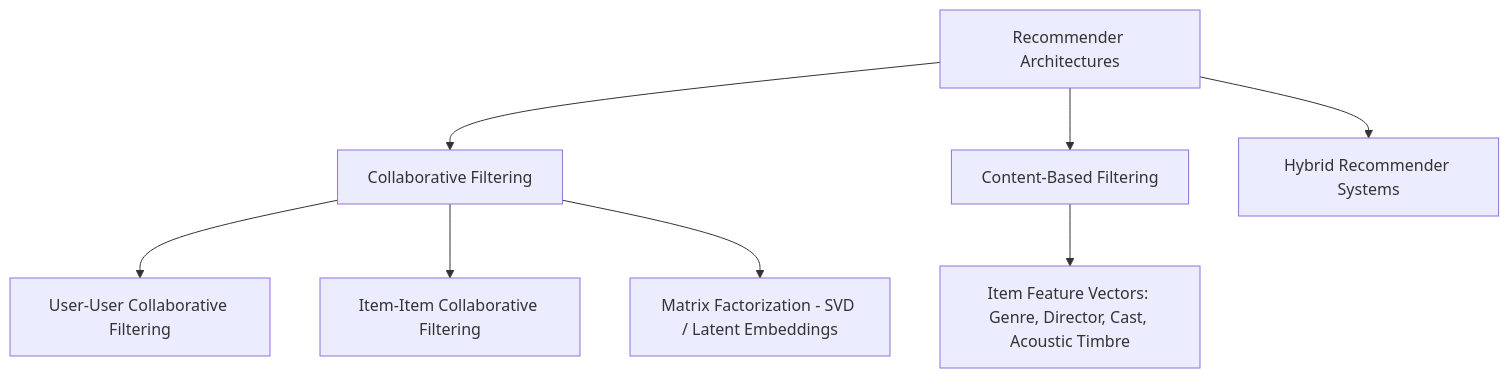
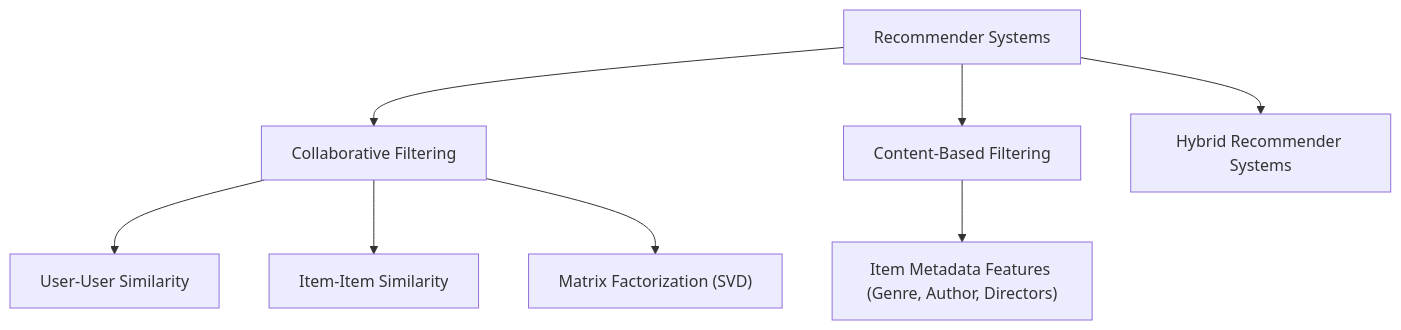
The fifth of 5 diagrams in notes/machine_learning/01_Intro_to_Machine_Learning.md (DeepLumiere/DeepSkills), drawn with Mermaid before and after one commit. The commit also changed other lines of this file and 14 other files, not shown here.

````diff
--- a/notes/machine_learning/01_Intro_to_Machine_Learning.md
+++ b/notes/machine_learning/01_Intro_to_Machine_Learning.md
@@ -476,12 +122,12 @@
 ```mermaid
 flowchart TD
-    A[Recommender Architectures] --> B[Collaborative Filtering]
-    A --> C[Content-Based Filtering]
-    A --> D[Hybrid Recommender Systems]
+    A["Recommender Systems"] --> B["Collaborative Filtering"]
+    A --> C["Content-Based Filtering"]
+    A --> D["Hybrid Recommender Systems"]
     
-    B --> B1[User-User Collaborative Filtering]
-    B --> B2[Item-Item Collaborative Filtering]
-    B --> B3[Matrix Factorization - SVD / Latent Embeddings]
+    B --> B1["User-User Similarity"]
+    B --> B2["Item-Item Similarity"]
+    B --> B3["Matrix Factorization (SVD)"]
     
-    C --> C1[Item Feature Vectors: Genre, Director, Cast, Acoustic Timbre]
+    C --> C1["Item Metadata Features (Genre, Author, Directors)"]
 ```
````
